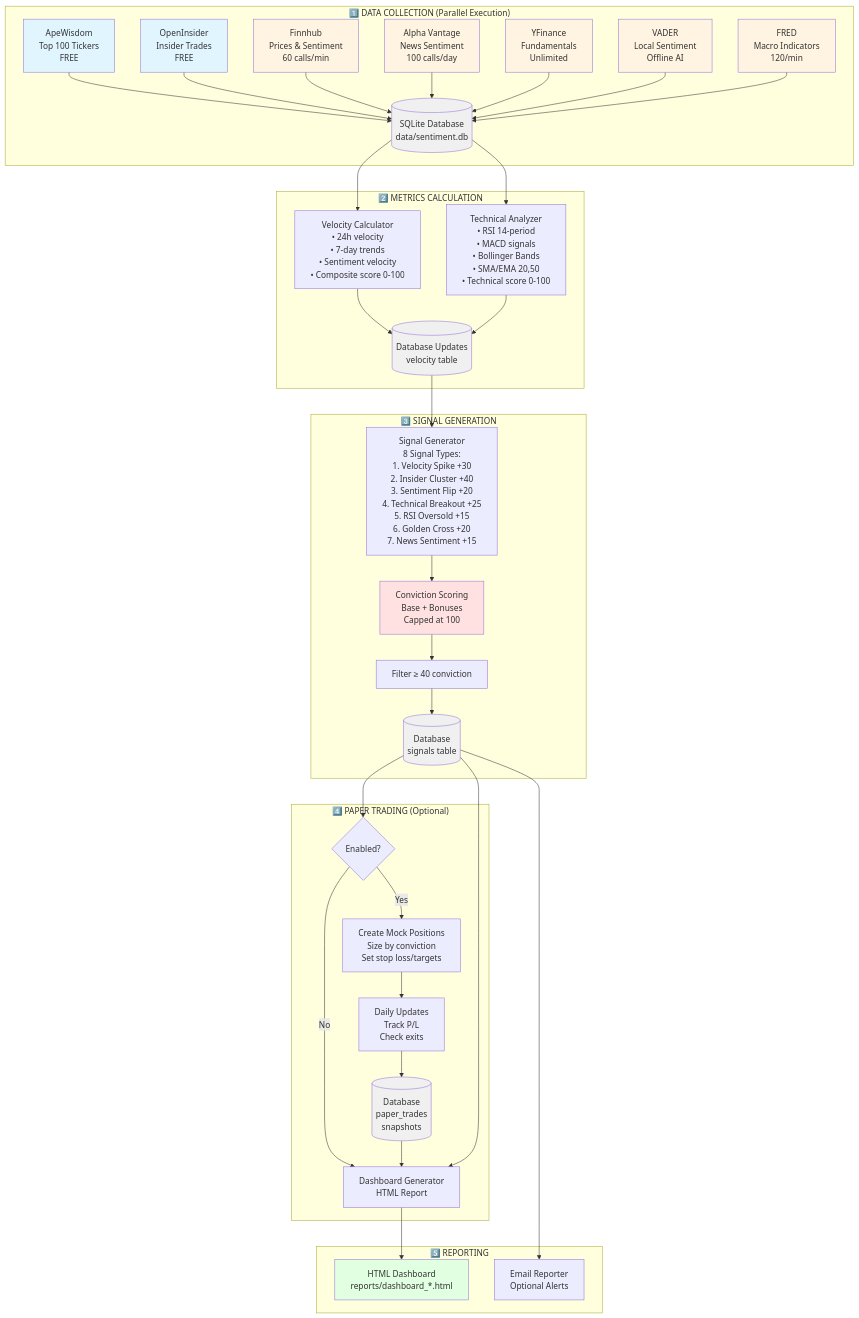
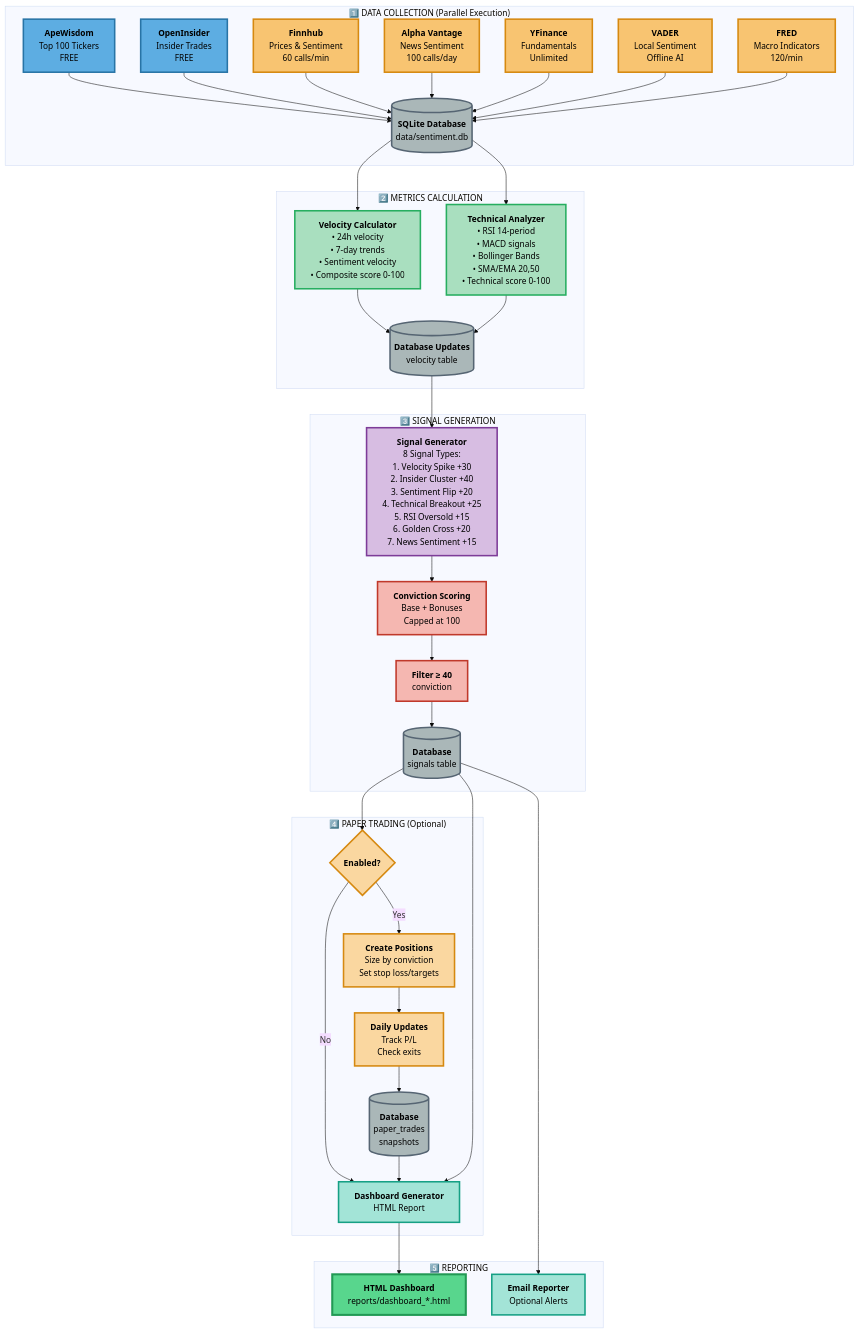
Before and after one commit to EE-EDK/Stock-Trader: the first of 3 diagrams in README.md, drawn with Mermaid.

Commit message:
Improve Mermaid diagram readability with better colors and bold text
Enhancements:
- Increased font size to 16px (from default 14px)
- Bold text for all node titles for better visibility
- High-contrast colors with darker fills and stroke borders
- Thicker stroke borders (3-4px) for better definition
- Black text (color:#000) on all nodes for maximum readability
- Color-coded by function:
  * Blue: FREE data sources (no API key)
  * Orange: FREE API sources
  * Gray: Databases
  * Green: Metrics calculation
  * Purple: Signal generation
  * Pink/Red: Conviction scoring
  * Teal: Reporting

Much easier to read on both light and dark backgrounds.

````diff
--- a/README.md
+++ b/README.md
@@ -18,66 +18,76 @@
 ```mermaid
+%%{init: {'theme':'base', 'themeVariables': { 'fontSize':'16px', 'fontFamily':'arial'}}}%%
 graph TB
     subgraph "1️⃣ DATA COLLECTION (Parallel Execution)"
-        A1[ApeWisdom<br/>Top 100 Tickers<br/>FREE]
-        A2[OpenInsider<br/>Insider Trades<br/>FREE]
-        A3[Finnhub<br/>Prices & Sentiment<br/>60 calls/min]
-        A4[Alpha Vantage<br/>News Sentiment<br/>100 calls/day]
-        A5[YFinance<br/>Fundamentals<br/>Unlimited]
-        A6[VADER<br/>Local Sentiment<br/>Offline AI]
-        A7[FRED<br/>Macro Indicators<br/>120/min]
+        A1["<b>ApeWisdom</b><br/>Top 100 Tickers<br/>FREE"]
+        A2["<b>OpenInsider</b><br/>Insider Trades<br/>FREE"]
+        A3["<b>Finnhub</b><br/>Prices & Sentiment<br/>60 calls/min"]
+        A4["<b>Alpha Vantage</b><br/>News Sentiment<br/>100 calls/day"]
+        A5["<b>YFinance</b><br/>Fundamentals<br/>Unlimited"]
+        A6["<b>VADER</b><br/>Local Sentiment<br/>Offline AI"]
+        A7["<b>FRED</b><br/>Macro Indicators<br/>120/min"]
 
-        A1 --> DB1[(SQLite Database<br/>data/sentiment.db)]
+        A1 --> DB1[("<b>SQLite Database</b><br/>data/sentiment.db")]
         A2 --> DB1
         A3 --> DB1
         A4 --> DB1
         A5 --> DB1
         A6 --> DB1
         A7 --> DB1
     end
 
     subgraph "2️⃣ METRICS CALCULATION"
-        DB1 --> B1[Velocity Calculator<br/>• 24h velocity<br/>• 7-day trends<br/>• Sentiment velocity<br/>• Composite score 0-100]
-        DB1 --> B2[Technical Analyzer<br/>• RSI 14-period<br/>• MACD signals<br/>• Bollinger Bands<br/>• SMA/EMA 20,50<br/>• Technical score 0-100]
+        DB1 --> B1["<b>Velocity Calculator</b><br/>• 24h velocity<br/>• 7-day trends<br/>• Sentiment velocity<br/>• Composite score 0-100"]
+        DB1 --> B2["<b>Technical Analyzer</b><br/>• RSI 14-period<br/>• MACD signals<br/>• Bollinger Bands<br/>• SMA/EMA 20,50<br/>• Technical score 0-100"]
 
-        B1 --> DB2[(Database Updates<br/>velocity table)]
+        B1 --> DB2[("<b>Database Updates</b><br/>velocity table")]
         B2 --> DB2
     end
 
     subgraph "3️⃣ SIGNAL GENERATION"
-        DB2 --> C1[Signal Generator<br/>8 Signal Types:<br/>1. Velocity Spike +30<br/>2. Insider Cluster +40<br/>3. Sentiment Flip +20<br/>4. Technical Breakout +25<br/>5. RSI Oversold +15<br/>6. Golden Cross +20<br/>7. News Sentiment +15]
+        DB2 --> C1["<b>Signal Generator</b><br/>8 Signal Types:<br/>1. Velocity Spike +30<br/>2. Insider Cluster +40<br/>3. Sentiment Flip +20<br/>4. Technical Breakout +25<br/>5. RSI Oversold +15<br/>6. Golden Cross +20<br/>7. News Sentiment +15"]
 
-        C1 --> C2[Conviction Scoring<br/>Base + Bonuses<br/>Capped at 100]
-        C2 --> C3[Filter ≥ 40 conviction]
-        C3 --> DB3[(Database<br/>signals table)]
+        C1 --> C2["<b>Conviction Scoring</b><br/>Base + Bonuses<br/>Capped at 100"]
+        C2 --> C3["<b>Filter ≥ 40</b><br/>conviction"]
+        C3 --> DB3[("<b>Database</b><br/>signals table")]
     end
 
     subgraph "4️⃣ PAPER TRADING (Optional)"
-        DB3 --> D1{Enabled?}
-        D1 -->|Yes| D2[Create Mock Positions<br/>Size by conviction<br/>Set stop loss/targets]
-        D2 --> D3[Daily Updates<br/>Track P/L<br/>Check exits]
-        D3 --> DB4[(Database<br/>paper_trades<br/>snapshots)]
+        DB3 --> D1{"<b>Enabled?</b>"}
+        D1 -->|Yes| D2["<b>Create Positions</b><br/>Size by conviction<br/>Set stop loss/targets"]
+        D2 --> D3["<b>Daily Updates</b><br/>Track P/L<br/>Check exits"]
+        D3 --> DB4[("<b>Database</b><br/>paper_trades<br/>snapshots")]
         D1 -->|No| E1
     end
 
     subgraph "5️⃣ REPORTING"
-        DB4 --> E1[Dashboard Generator<br/>HTML Report]
+        DB4 --> E1["<b>Dashboard Generator</b><br/>HTML Report"]
         DB3 --> E1
-        E1 --> E2[HTML Dashboard<br/>reports/dashboard_*.html]
+        E1 --> E2["<b>HTML Dashboard</b><br/>reports/dashboard_*.html"]
 
-        DB3 --> E3[Email Reporter<br/>Optional Alerts]
+        DB3 --> E3["<b>Email Reporter</b><br/>Optional Alerts"]
     end
 
-    style A1 fill:#e1f5ff
-    style A2 fill:#e1f5ff
-    style A3 fill:#fff4e1
-    style A4 fill:#fff4e1
-    style A5 fill:#fff4e1
-    style A6 fill:#fff4e1
-    style A7 fill:#fff4e1
-    style DB1 fill:#f0f0f0
-    style DB2 fill:#f0f0f0
-    style DB3 fill:#f0f0f0
-    style DB4 fill:#f0f0f0
-    style C2 fill:#ffe1e1
-    style E2 fill:#e1ffe1
+    style A1 fill:#5DADE2,stroke:#2874A6,stroke-width:3px,color:#000
+    style A2 fill:#5DADE2,stroke:#2874A6,stroke-width:3px,color:#000
+    style A3 fill:#F8C471,stroke:#D68910,stroke-width:3px,color:#000
+    style A4 fill:#F8C471,stroke:#D68910,stroke-width:3px,color:#000
+    style A5 fill:#F8C471,stroke:#D68910,stroke-width:3px,color:#000
+    style A6 fill:#F8C471,stroke:#D68910,stroke-width:3px,color:#000
+    style A7 fill:#F8C471,stroke:#D68910,stroke-width:3px,color:#000
+    style DB1 fill:#AAB7B8,stroke:#566573,stroke-width:3px,color:#000
+    style DB2 fill:#AAB7B8,stroke:#566573,stroke-width:3px,color:#000
+    style DB3 fill:#AAB7B8,stroke:#566573,stroke-width:3px,color:#000
+    style DB4 fill:#AAB7B8,stroke:#566573,stroke-width:3px,color:#000
+    style B1 fill:#A9DFBF,stroke:#27AE60,stroke-width:3px,color:#000
+    style B2 fill:#A9DFBF,stroke:#27AE60,stroke-width:3px,color:#000
+    style C1 fill:#D7BDE2,stroke:#7D3C98,stroke-width:3px,color:#000
+    style C2 fill:#F5B7B1,stroke:#C0392B,stroke-width:3px,color:#000
+    style C3 fill:#F5B7B1,stroke:#C0392B,stroke-width:3px,color:#000
+    style D1 fill:#FAD7A0,stroke:#D68910,stroke-width:3px,color:#000
+    style D2 fill:#FAD7A0,stroke:#D68910,stroke-width:3px,color:#000
+    style D3 fill:#FAD7A0,stroke:#D68910,stroke-width:3px,color:#000
+    style E1 fill:#A3E4D7,stroke:#16A085,stroke-width:3px,color:#000
+    style E2 fill:#58D68D,stroke:#229954,stroke-width:4px,color:#000
+    style E3 fill:#A3E4D7,stroke:#16A085,stroke-width:3px,color:#000
 ```
````
